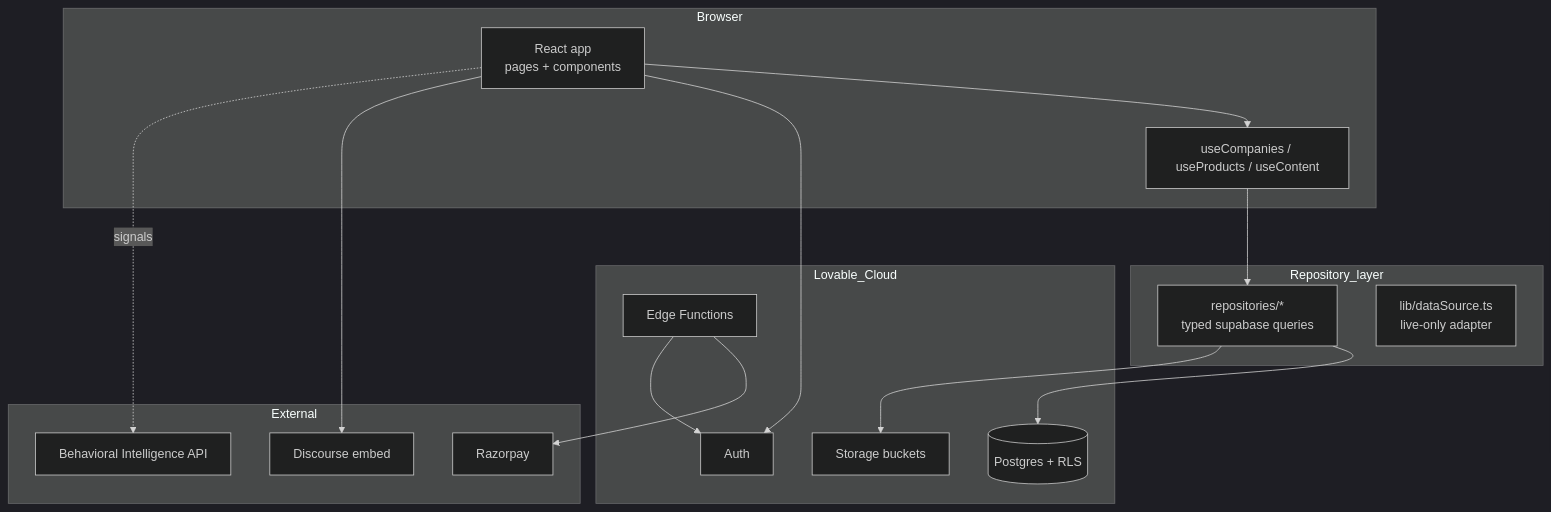
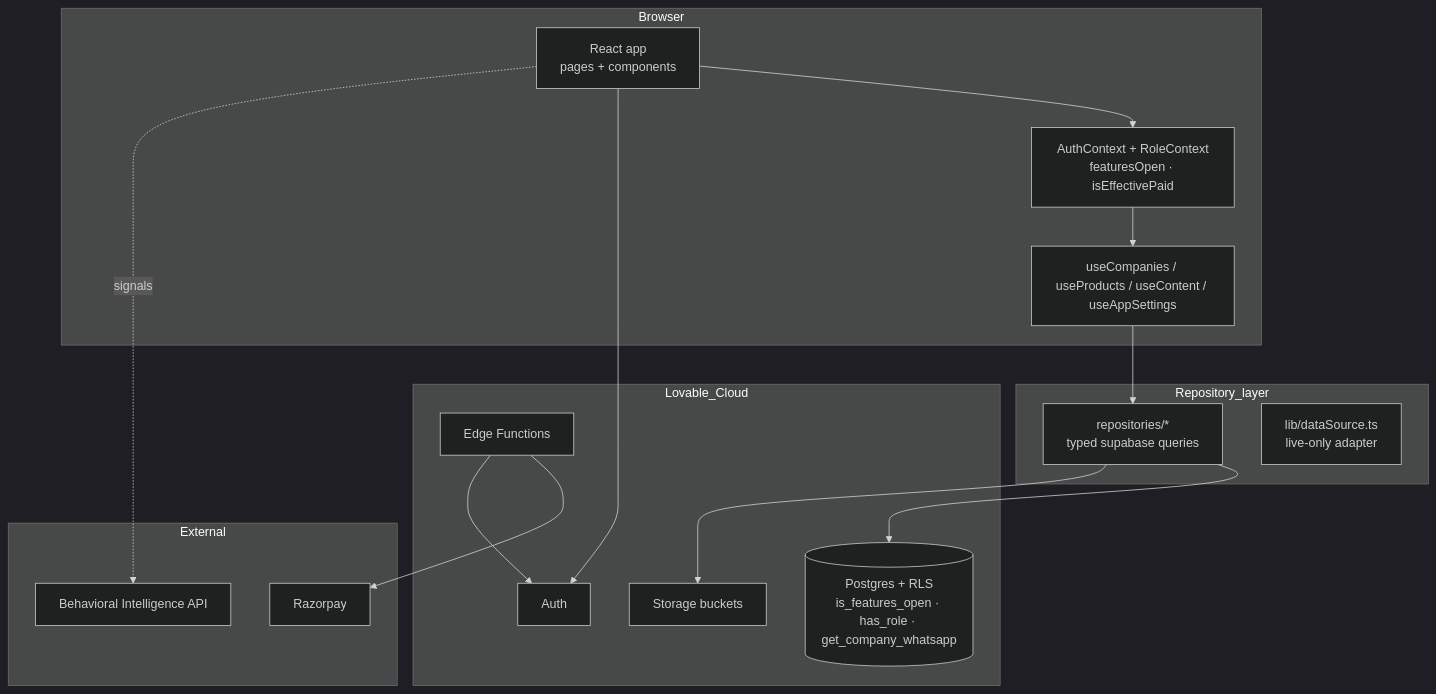
One commit to arka97/mddma-test changed the first of 3 diagrams in src/content/docs/05-architecture-and-tech.md. Above: the diagram before and after it, drawn with Mermaid (dark theme). The commit also changed other lines of this file and 7 other files, not shown here.

````diff
--- a/src/content/docs/05-architecture-and-tech.md
+++ b/src/content/docs/05-architecture-and-tech.md
@@ -33,29 +22,28 @@
 ```mermaid
 graph TD
   subgraph Browser
     UI[React app<br/>pages + components]
-    Hooks[useCompanies / useProducts / useContent]
+    Hooks[useCompanies / useProducts / useContent / useAppSettings]
+    Ctx[AuthContext + RoleContext<br/>featuresOpen · isEffectivePaid]
   end
   subgraph Repository_layer
     Repos[repositories/*<br/>typed supabase queries]
     DS[lib/dataSource.ts<br/>live-only adapter]
   end
   subgraph Lovable_Cloud
     Auth[Auth]
-    DB[(Postgres + RLS)]
+    DB[(Postgres + RLS<br/>is_features_open · has_role · get_company_whatsapp)]
     Storage[Storage buckets]
     EF[Edge Functions]
   end
   subgraph External
     BIL[Behavioral Intelligence API]
     RP[Razorpay]
-    DC[Discourse embed]
   end
-  UI --> Hooks --> Repos --> DB
+  UI --> Ctx --> Hooks --> Repos --> DB
   Repos --> Storage
   UI --> Auth
-  UI --> DC
   EF --> RP
   EF --> Auth
   UI -.signals.-> BIL
 ```
````
